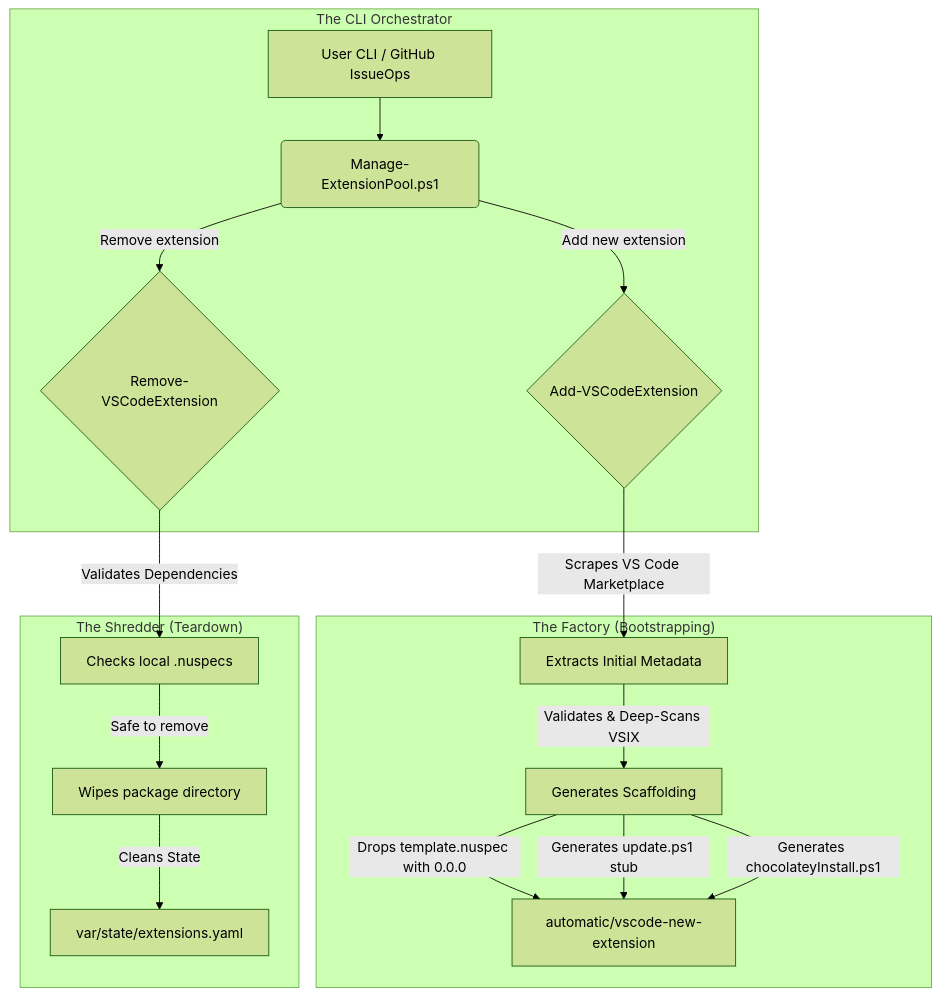
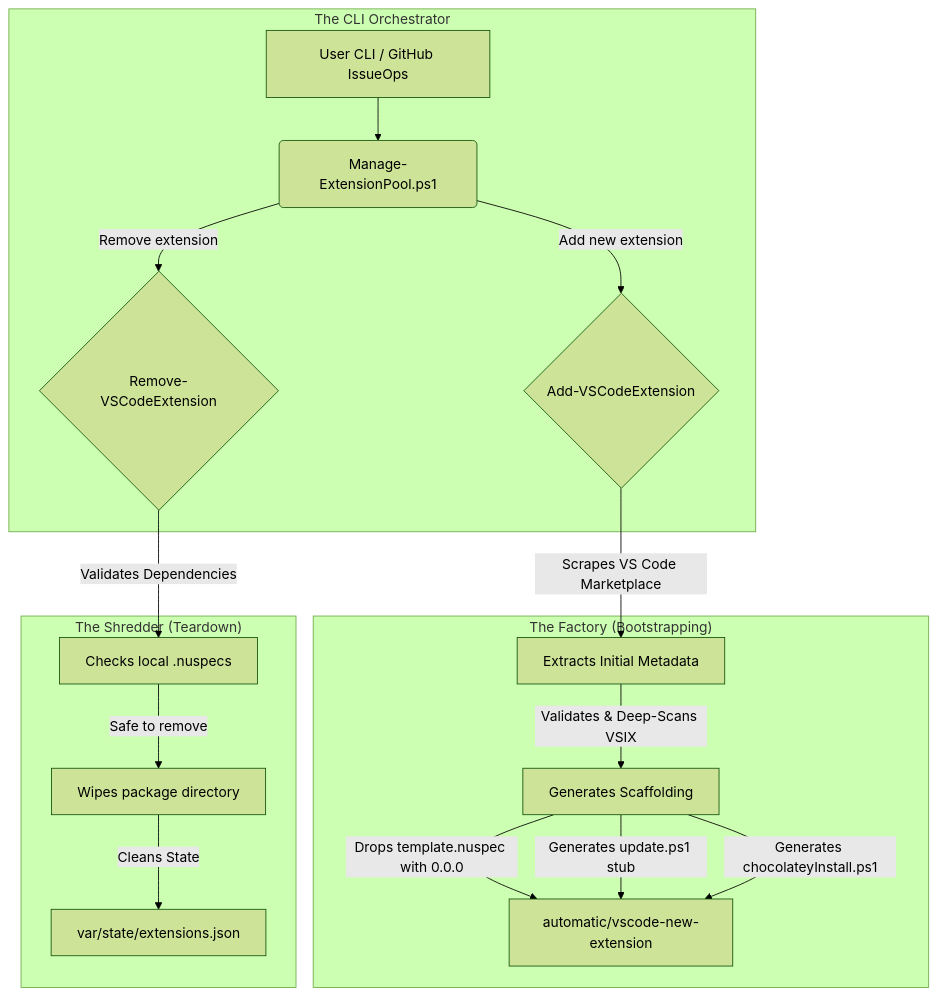
The first of 2 diagrams in docs/architecture.md (philippeganz/chocolatey-vscode-extensions), drawn with Mermaid (forest theme) before and after one commit. The commit also changed other lines of this file and 15 other files, not shown here.

````diff
--- a/docs/architecture.md
+++ b/docs/architecture.md
@@ -15,22 +15,22 @@
 ```mermaid
 flowchart TD
     subgraph "The CLI Orchestrator"
         A["User CLI / GitHub IssueOps"] --> B("Manage-ExtensionPool.ps1")
         B -->|Add new extension| C{"Add-VSCodeExtension"}
         B -->|Remove extension| Z{"Remove-VSCodeExtension"}
     end
 
     subgraph "The Factory (Bootstrapping)"
         C -->|Scrapes VS Code Marketplace| D["Extracts Initial Metadata"]
         D -->|Validates & Deep-Scans VSIX| E["Generates Scaffolding"]
         E -->|Drops template.nuspec with 0.0.0| F["automatic/vscode-new-extension"]
         E -->|Generates update.ps1 stub| F
         E -->|Generates chocolateyInstall.ps1| F
     end
 
     subgraph "The Shredder (Teardown)"
         Z -->|Validates Dependencies| Y["Checks local .nuspecs"]
         Y -->|Safe to remove| X["Wipes package directory"]
-        X -->|Cleans State| W["var/state/extensions.yaml"]
+        X -->|Cleans State| W["var/state/extensions.json"]
     end
 ```
````
